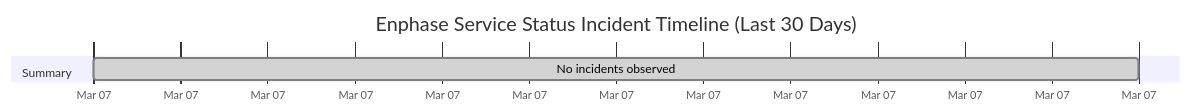
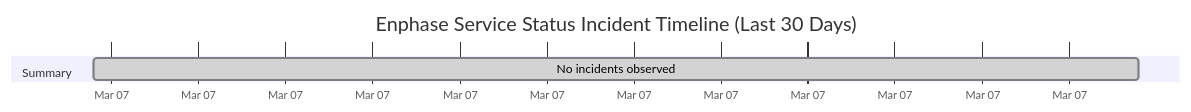
The diagram in wiki/Service-Status-History.md (barneyonline/ha-enphase-ev-charger), drawn with Mermaid before and after one commit. The commit also changed other lines of this file and 3 other files, not shown here.

````diff
--- a/wiki/Service-Status-History.md
+++ b/wiki/Service-Status-History.md
@@ -14,8 +14,8 @@
 ```mermaid
 gantt
     title Enphase Service Status Incident Timeline (Last 30 Days)
     dateFormat  YYYY-MM-DDTHH:mm:ss
     axisFormat  %b %d
     section Summary
-    No incidents observed :done, 2026-03-07T19:14:55, 1m
+    No incidents observed :done, 2026-03-07T20:15:24, 1m
 ```
````
